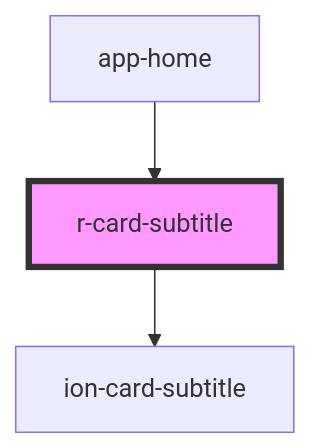
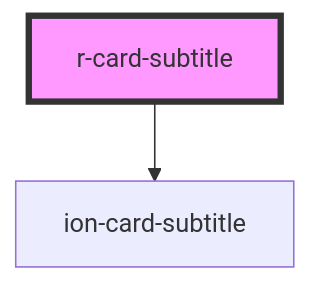
Before and after one commit to refactico/design-system: the diagram in src/components/r-card-subtitle/readme.md, drawn with Mermaid. The commit also changed other lines of this file and 27 other files, not shown here.

First line of the commit message:
chore: update component dependencies and documentation for app-home

````diff
--- a/src/components/r-card-subtitle/readme.md
+++ b/src/components/r-card-subtitle/readme.md
@@ -26,6 +22,5 @@
 ```mermaid
 graph TD;
   r-card-subtitle --> ion-card-subtitle
-  app-home --> r-card-subtitle
   style r-card-subtitle fill:#f9f,stroke:#333,stroke-width:4px
 ```
````
